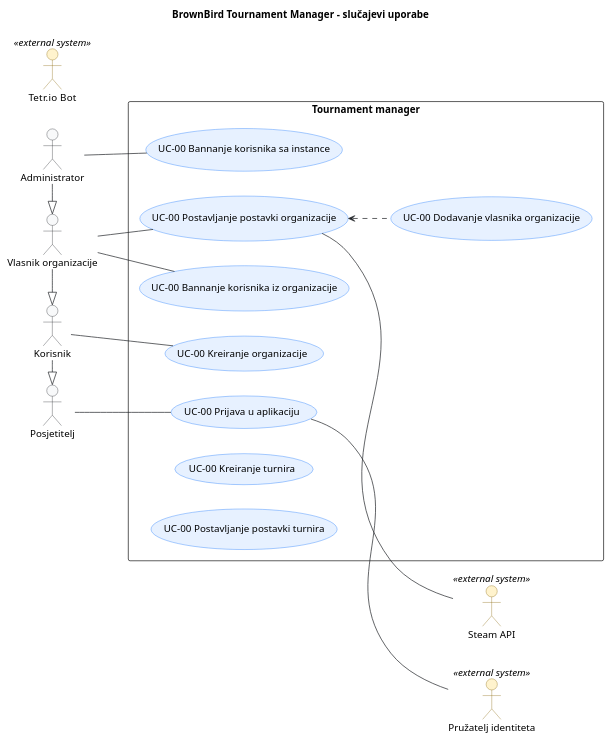
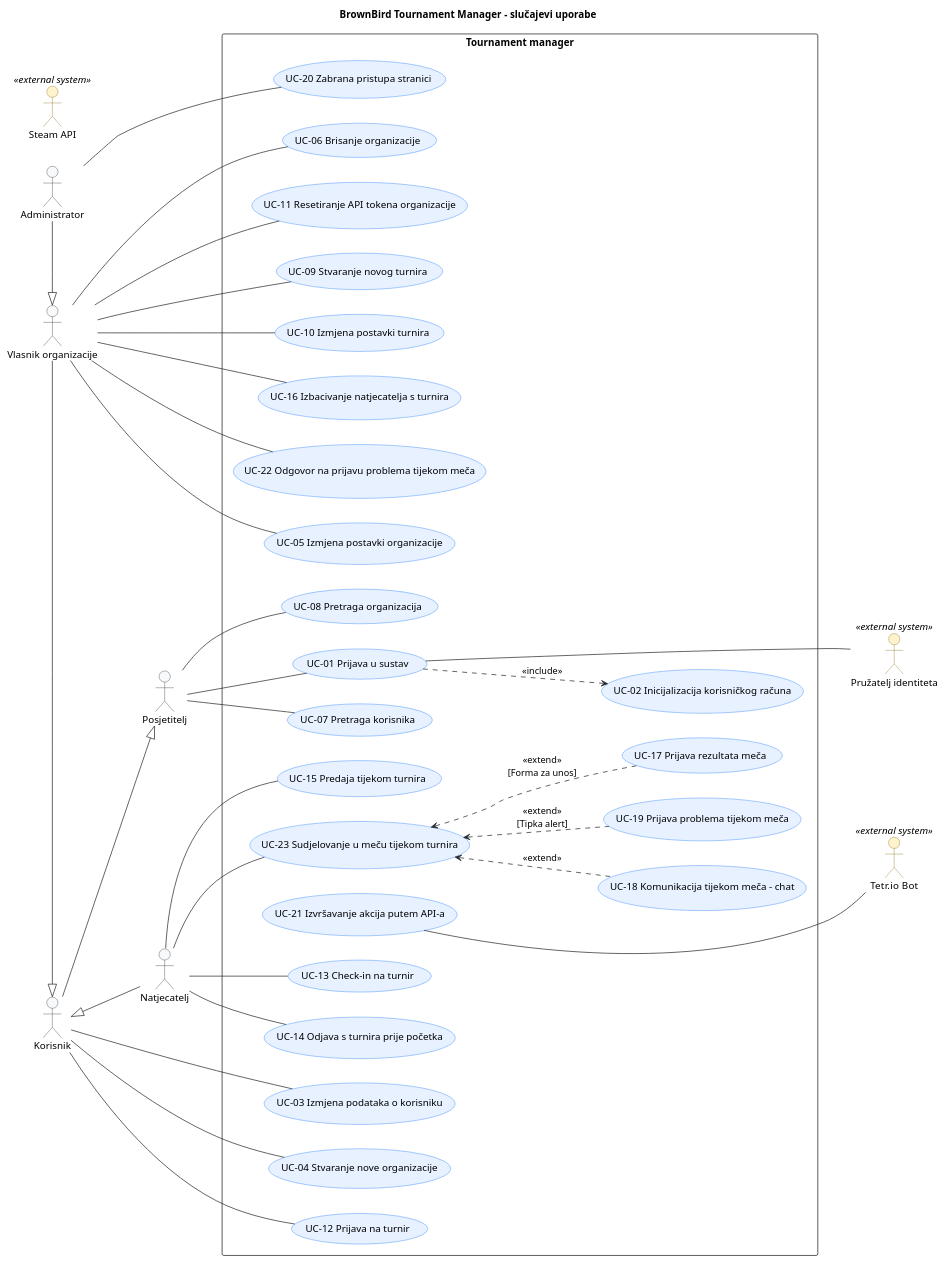
One commit to brownbird-team/tournament-manager changed the diagram in docs/puml/uc.puml. Above: the diagram before and after it, drawn with PlantUML.

Commit message:
Finish UC diagram

```diff
--- a/docs/puml/uc.puml
+++ b/docs/puml/uc.puml
@@ -10,92 +10,128 @@
 @startuml
 title BrownBird Tournament Manager - slučajevi uporabe
 left to right direction
 
 skinparam shadowing false
 skinparam defaultFontName Arial
 skinparam ArrowColor #212529
 
 skinparam actor {
   BackgroundColor #F8F9FA
   BorderColor #212529
   BackgroundColor<<external system>> #FFF3CD
   BorderColor<<external system>> #856404
 }
 
 skinparam usecase {
   BackgroundColor #E7F1FF
   BorderColor #0D6EFD
 }
 
 ' ================================================================
 ' Primarni akteri
 ' ================================================================
 
 actor User as "Korisnik"
 actor Visitor as "Posjetitelj"
 actor Admin as "Administrator"
 actor Owner as "Vlasnik organizacije"
+actor Competitor as "Natjecatelj"
 
 Admin -|> Owner
 Owner -|> User
-User  -|> Visitor
+User -|> Visitor
+Competitor -up-|> User
 
 ' ================================================================
 ' Sekundarni akteri (vanjski sustavi)
 ' ================================================================
 
 actor "Pružatelj identiteta" as Idp <<external system>>
 actor "Steam API" as Steam <<external system>>
 actor "Tetr.io Bot" as Tetrio <<external system>>
 
 ' ================================================================
 ' Granica sustava (slučajevi uporabe)
 ' ================================================================
 
 rectangle "Tournament manager" as bbtm {
-  (UC-00 Prijava u aplikaciju) as UC_login
+  ' Korisnički računi
+  (UC-01 Prijava u sustav) as UC_login
+  (UC-02 Inicijalizacija korisničkog računa) as UC_register
+  (UC-03 Izmjena podataka o korisniku) as UC_user_settings
+  (UC-07 Pretraga korisnika) as UC_user_search
+
+  ' Organizacije
+  (UC-04 Stvaranje nove organizacije) as UC_org_create
+  (UC-05 Izmjena postavki organizacije) as UC_org_settings
+  (UC-06 Brisanje organizacije) as UC_org_delete
+  (UC-08 Pretraga organizacija) as UC_org_search
+  (UC-11 Resetiranje API tokena organizacije) as UC_org_reset_token
+  (UC-21 Izvršavanje akcija putem API-a) as UC_org_api
+  
+  ' Turniri
+  (UC-09 Stvaranje novog turnira) as UC_tour_create
+  (UC-10 Izmjena postavki turnira) as UC_tour_settings
+  (UC-12 Prijava na turnir) as UC_tour_register
+  (UC-13 Check-in na turnir) as UC_tour_check_in
+  (UC-14 Odjava s turnira prije početka) as UC_tour_unregister
+  (UC-15 Predaja tijekom turnira) as UC_tour_resign
+  (UC-16 Izbacivanje natjecatelja s turnira) as UC_tour_kick
+  (UC-17 Prijava rezultata meča) as UC_tour_report_result
+  (UC-18 Komunikacija tijekom meča - chat) as UC_tour_chat
+  (UC-19 Prijava problema tijekom meča) as UC_tour_report_problem
+  (UC-22 Odgovor na prijavu problema tijekom meča) as UC_tour_problem_response
+  (UC-23 Sudjelovanje u meču tijekom turnira) as UC_tour_compete
 
   ' Administracija
-  (UC-00 Bannanje korisnika sa instance) as UC_global_ban
-
-  ' Organizacije
-  (UC-00 Kreiranje organizacije) as UC_org_create
-  (UC-00 Postavljanje postavki organizacije) as UC_org_settings
-  (UC-00 Dodavanje vlasnika organizacije) as UC_org_addOwner
-  (UC-00 Bannanje korisnika iz organizacije) as UC_org_ban
-  
-  ' Turniri
-  (UC-00 Kreiranje turnira)
-  (UC-00 Postavljanje postavki turnira)
+  (UC-20 Zabrana pristupa stranici) as UC_ban
 }
 
 ' ================================================================
 ' Interakcije sa akterima
 ' ================================================================
 
 Visitor -- UC_login
+Visitor -- UC_user_search
+Visitor -- UC_org_search
 
+User -- UC_user_settings
 User -- UC_org_create
+User -- UC_tour_register
 
-Owner -- UC_org_ban
 Owner -- UC_org_settings
+Owner -- UC_org_delete
+Owner -- UC_tour_create
+Owner -- UC_tour_settings
+Owner -- UC_org_reset_token
+Owner -- UC_tour_kick
+Owner -- UC_tour_problem_response
 
-Admin -- UC_global_ban
+Competitor -- UC_tour_check_in
+Competitor -- UC_tour_unregister
+Competitor -- UC_tour_resign
+Competitor -- UC_tour_compete
+
+Admin -- UC_ban
 
 ' ================================================================
 ' Veze između slučajeva uporabe
 ' ================================================================
 
-UC_org_settings <.. UC_org_addOwner
+UC_login ..> UC_register : <<include>>
+
+UC_tour_compete <.. UC_tour_report_result : <<extend>>\n[Forma za unos]
+UC_tour_compete <.. UC_tour_chat : <<extend>>
+UC_tour_compete <.. UC_tour_report_problem : <<extend>>\n[Tipka alert]
 
 ' ================================================================
 ' Interakcije sa sekundarnim akterima
 ' ================================================================
 
 Idp -up- UC_login
-Steam -up- UC_org_settings
+Idp -[hidden]up- UC_register
 
-'Idp -[hidden]up- UC_org_add_owner
-'Steam -[hidden]up- UC_org_add_owner
+Tetrio -up- UC_org_api
+Tetrio -[hidden]up- UC_register
 
 @enduml
```
